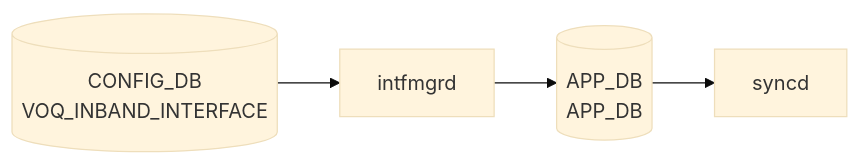
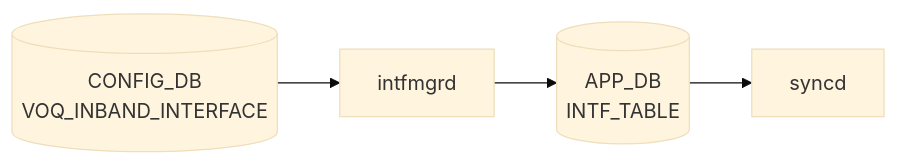
The diagram in docs/reference/config-db/voq-inband-interface.md (aoki-taquan/sonic-unofficial-docs), drawn with Mermaid (base theme) before and after one commit. The commit also changed 3 other files, not shown here.

First line of the commit message:
review(batch-121): fix typo, mermaid diagrams, and vnet title/cross-ref

````diff
--- a/docs/reference/config-db/voq-inband-interface.md
+++ b/docs/reference/config-db/voq-inband-interface.md
@@ -33,10 +33,10 @@
 ```mermaid
 flowchart LR
   CDB[("CONFIG_DB<br/>VOQ_INBAND_INTERFACE")]
   DM["intfmgrd"]
   CDB --> DM
-  APPDB[("APP_DB<br/>APP_DB")]
+  APPDB[("APP_DB<br/>INTF_TABLE")]
   DM --> APPDB
   SYNCD["syncd"]
   APPDB --> SYNCD
 ```
````
